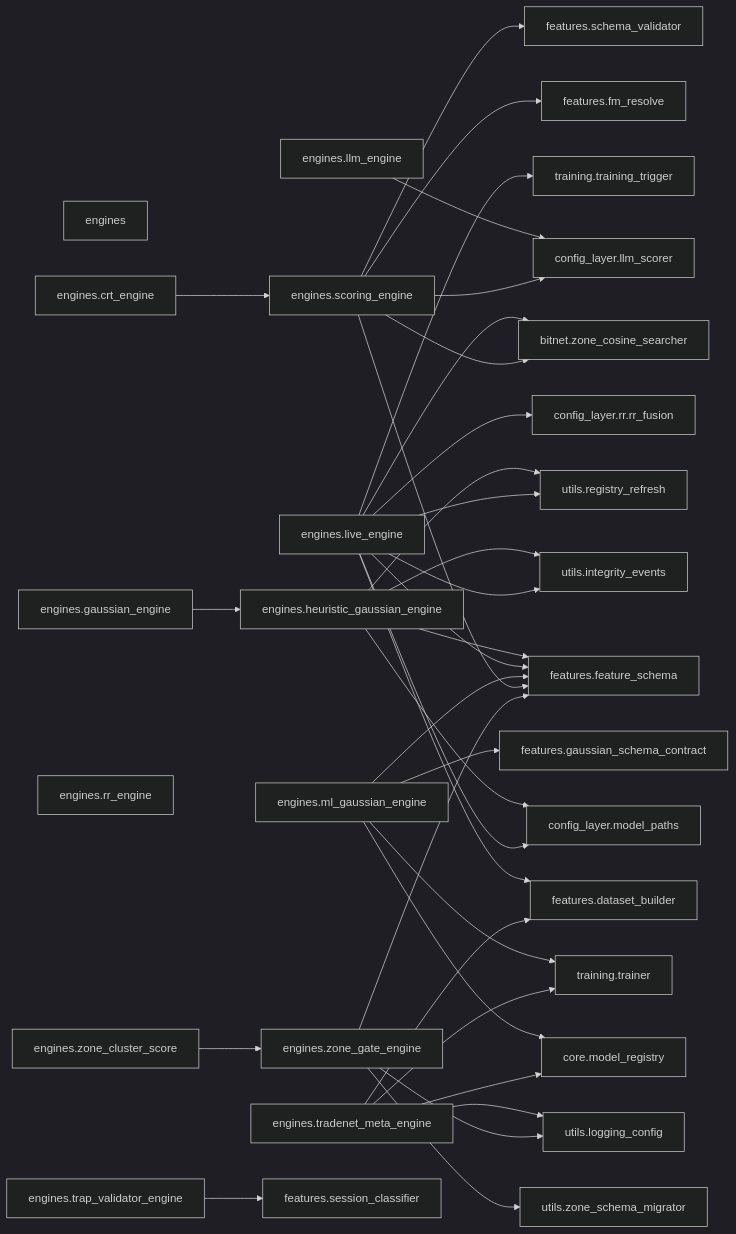
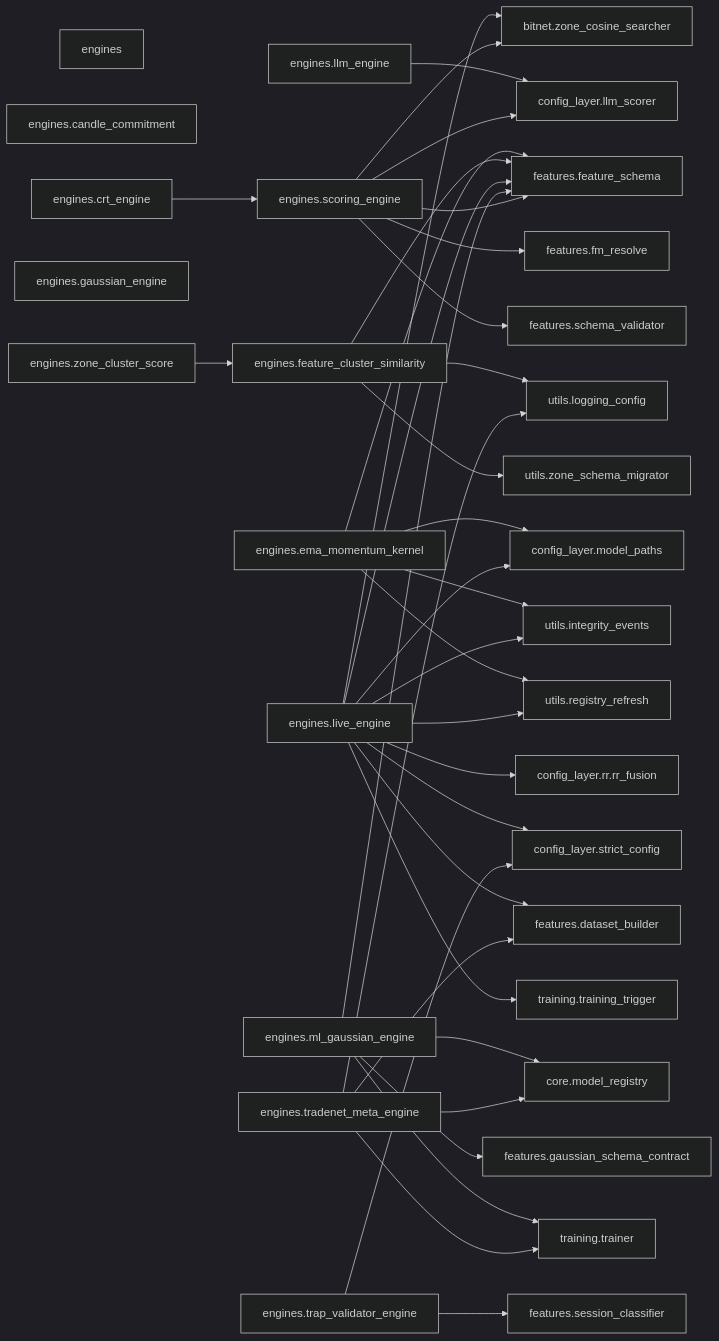
Diagram 11 of 41 in docs/architecture/code-map.generated.md (Chaithu1995-0312/TradeHlt), drawn with Mermaid (dark theme) before and after one commit. The commit also changed other lines of this file and 6 other files, not shown here.

````diff
--- a/docs/architecture/code-map.generated.md
+++ b/docs/architecture/code-map.generated.md
@@ -832,66 +905,68 @@
 ```mermaid
 flowchart LR
     engines["engines"]
+    engines_candle_commitment["engines.candle_commitment"]
     engines_crt_engine["engines.crt_engine"]
+    engines_ema_momentum_kernel["engines.ema_momentum_kernel"]
+    engines_feature_cluster_similarity["engines.feature_cluster_similarity"]
     engines_gaussian_engine["engines.gaussian_engine"]
-    engines_heuristic_gaussian_engine["engines.heuristic_gaussian_engine"]
     engines_live_engine["engines.live_engine"]
     engines_llm_engine["engines.llm_engine"]
     engines_ml_gaussian_engine["engines.ml_gaussian_engine"]
-    engines_rr_engine["engines.rr_engine"]
     engines_scoring_engine["engines.scoring_engine"]
     engines_tradenet_meta_engine["engines.tradenet_meta_engine"]
     engines_trap_validator_engine["engines.trap_validator_engine"]
     engines_zone_cluster_score["engines.zone_cluster_score"]
-    engines_zone_gate_engine["engines.zone_gate_engine"]
     bitnet_zone_cosine_searcher["bitnet.zone_cosine_searcher"]
     config_layer_llm_scorer["config_layer.llm_scorer"]
     config_layer_model_paths["config_layer.model_paths"]
     config_layer_rr_rr_fusion["config_layer.rr.rr_fusion"]
+    config_layer_strict_config["config_layer.strict_config"]
     core_model_registry["core.model_registry"]
     features_dataset_builder["features.dataset_builder"]
     features_feature_schema["features.feature_schema"]
     features_fm_resolve["features.fm_resolve"]
     features_gaussian_schema_contract["features.gaussian_schema_contract"]
     features_schema_validator["features.schema_validator"]
     features_session_classifier["features.session_classifier"]
     training_trainer["training.trainer"]
     training_training_trigger["training.training_trigger"]
     utils_integrity_events["utils.integrity_events"]
     utils_logging_config["utils.logging_config"]
     utils_registry_refresh["utils.registry_refresh"]
     utils_zone_schema_migrator["utils.zone_schema_migrator"]
     engines_crt_engine --> engines_scoring_engine
-    engines_gaussian_engine --> engines_heuristic_gaussian_engine
-    engines_heuristic_gaussian_engine --> config_layer_model_paths
-    engines_heuristic_gaussian_engine --> features_feature_schema
-    engines_heuristic_gaussian_engine --> utils_integrity_events
-    engines_heuristic_gaussian_engine --> utils_registry_refresh
+    engines_ema_momentum_kernel --> config_layer_model_paths
+    engines_ema_momentum_kernel --> features_feature_schema
+    engines_ema_momentum_kernel --> utils_integrity_events
+    engines_ema_momentum_kernel --> utils_registry_refresh
+    engines_feature_cluster_similarity --> features_feature_schema
+    engines_feature_cluster_similarity --> utils_logging_config
+    engines_feature_cluster_similarity --> utils_zone_schema_migrator
     engines_live_engine --> bitnet_zone_cosine_searcher
     engines_live_engine --> config_layer_model_paths
     engines_live_engine --> config_layer_rr_rr_fusion
+    engines_live_engine --> config_layer_strict_config
     engines_live_engine --> features_dataset_builder
     engines_live_engine --> features_feature_schema
     engines_live_engine --> training_training_trigger
     engines_live_engine --> utils_integrity_events
     engines_live_engine --> utils_registry_refresh
     engines_llm_engine --> config_layer_llm_scorer
     engines_ml_gaussian_engine --> core_model_registry
     engines_ml_gaussian_engine --> features_feature_schema
     engines_ml_gaussian_engine --> features_gaussian_schema_contract
     engines_ml_gaussian_engine --> training_trainer
     engines_scoring_engine --> bitnet_zone_cosine_searcher
     engines_scoring_engine --> config_layer_llm_scorer
     engines_scoring_engine --> features_feature_schema
     engines_scoring_engine --> features_fm_resolve
     engines_scoring_engine --> features_schema_validator
     engines_tradenet_meta_engine --> core_model_registry
     engines_tradenet_meta_engine --> features_dataset_builder
     engines_tradenet_meta_engine --> training_trainer
     engines_tradenet_meta_engine --> utils_logging_config
+    engines_trap_validator_engine --> config_layer_strict_config
     engines_trap_validator_engine --> features_session_classifier
-    engines_zone_cluster_score --> engines_zone_gate_engine
-    engines_zone_gate_engine --> features_feature_schema
-    engines_zone_gate_engine --> utils_logging_config
-    engines_zone_gate_engine --> utils_zone_schema_migrator
+    engines_zone_cluster_score --> engines_feature_cluster_similarity
 ```
````
